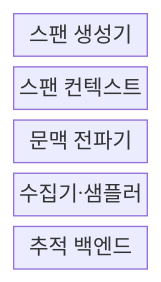
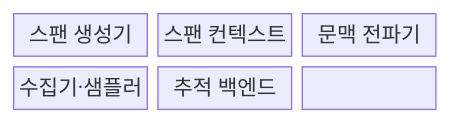
One commit to agnusdei1207/knowledge-base changed the first of 2 diagrams in src/content/docs/notes/08-latest-tech/171_distributed_tracing.md. Above: the diagram before and after it, drawn with Mermaid. The commit also changed other lines of this file and 228 other files, not shown here.

````diff
--- a/src/content/docs/notes/08-latest-tech/171_distributed_tracing.md
+++ b/src/content/docs/notes/08-latest-tech/171_distributed_tracing.md
@@ -52,9 +51,11 @@
 ```mermaid
 block-beta
-  columns 1
-  A["스팬 생성기"]
-  B["스팬 컨텍스트"]
-  C["문맥 전파기"]
-  D["수집기·샘플러"]
-  E["추적 백엔드"]
+  columns 3
+  N0["스팬 생성기"]
+  N1["스팬 컨텍스트"]
+  N2["문맥 전파기"]
+  N3["수집기·샘플러"]
+  N4["추적 백엔드"]
+  N0 --- N1 --- N2
+  N2 --- N3 --- N4
 ```
````
